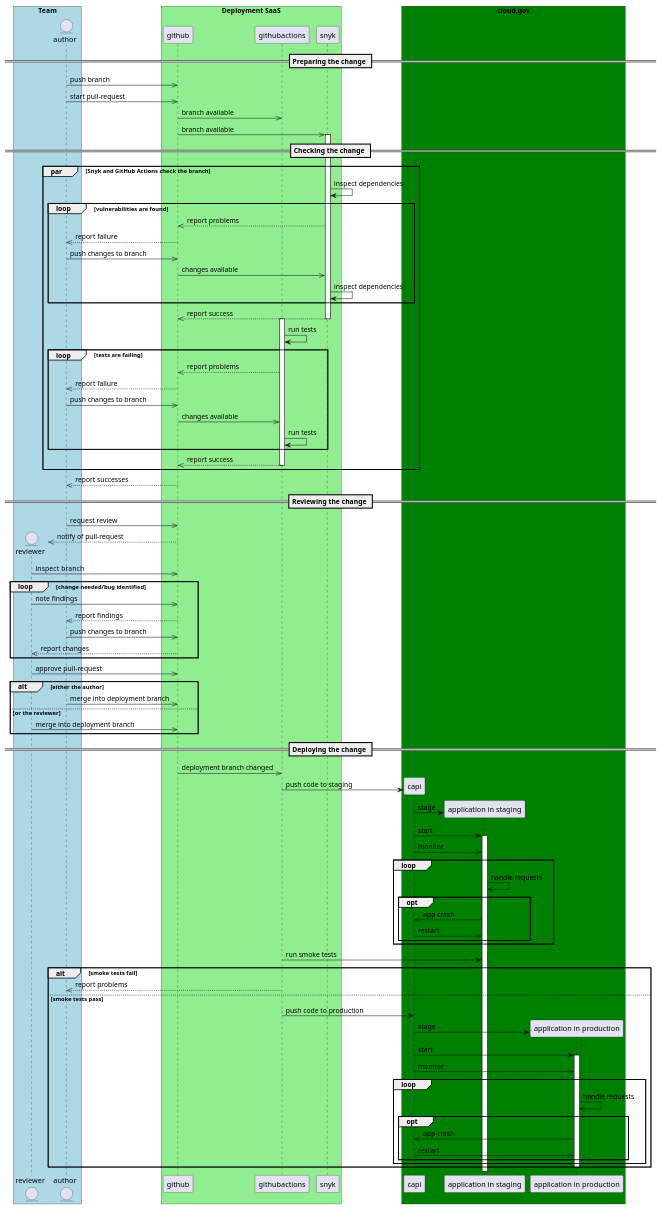
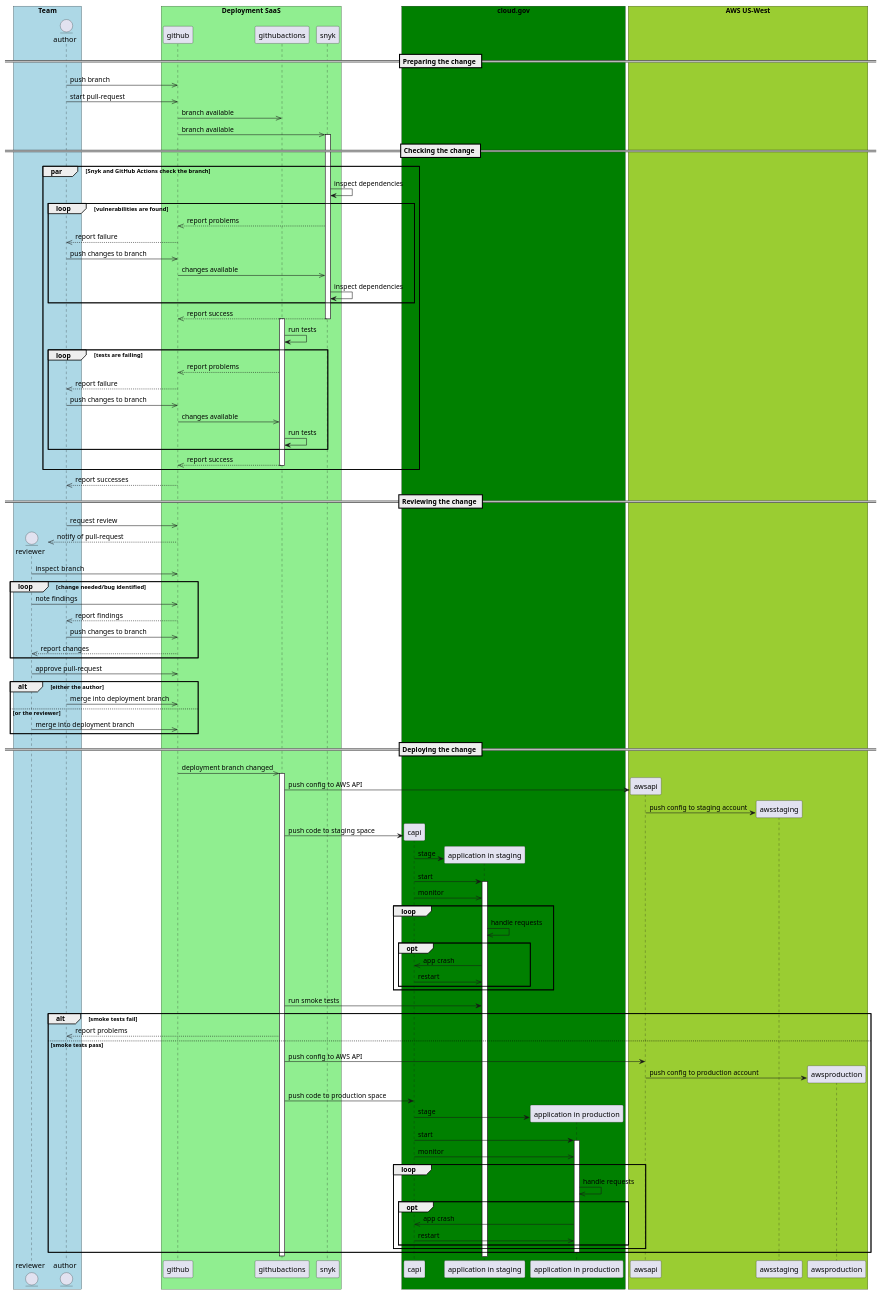
The diagram in generic/deployment-change.md (GSA/datagov-compliance), drawn with PlantUML before and after one commit. The commit also changed 1 other file, not shown here.

Commit message:
Add the interactions between GitHub Actions and AWS

````diff
--- a/generic/deployment-change.md
+++ b/generic/deployment-change.md
@@ -71,10 +71,14 @@
 
 == Deploying the change ==
 github ->> githubactions: deployment branch changed
-
+activate githubactions
 participant "application in staging" as stagingapp
+create awsapi
+githubactions -> awsapi: push config to AWS API
+create awsstaging
+awsapi -> awsstaging: push config to staging account
 create capi
-githubactions -> capi: push code to staging
+githubactions -> capi: push code to staging space
 create stagingapp
 capi -> stagingapp: stage
 capi -> stagingapp: start
@@ -93,7 +97,10 @@
     author <<-- githubactions: report problems
 else smoke tests pass
     participant "application in production" as app
-    githubactions -> capi: push code to production
+    githubactions -> awsapi: push config to AWS API
+    create awsproduction
+    awsapi -> awsproduction: push config to production account
+    githubactions -> capi: push code to production space
     create app
     capi -> app: stage 
     capi -> app: start
@@ -108,6 +115,8 @@
     end
     deactivate app
 end
+deactivate githubactions
+
 
 box "Deployment SaaS" #LightGreen
 	participant github
@@ -121,5 +130,11 @@
     participant app
 end box
 
+box "AWS US-West" #YellowGreen
+    participant "AWS API" as awsapi
+    participant awsstaging
+    participant awsproduction
+end box
+
 @enduml
 ```
````
